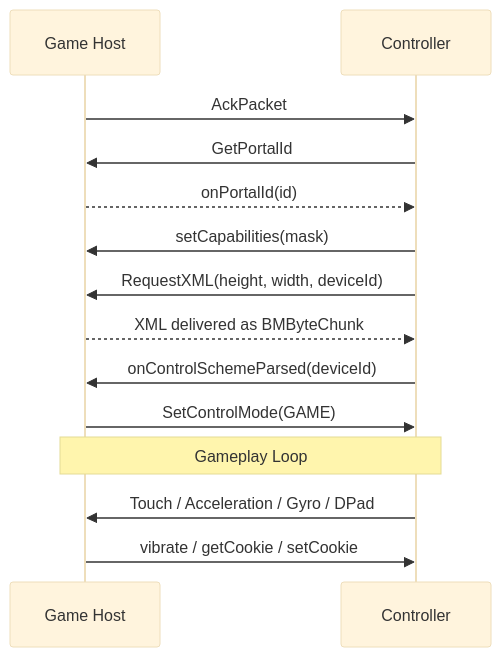
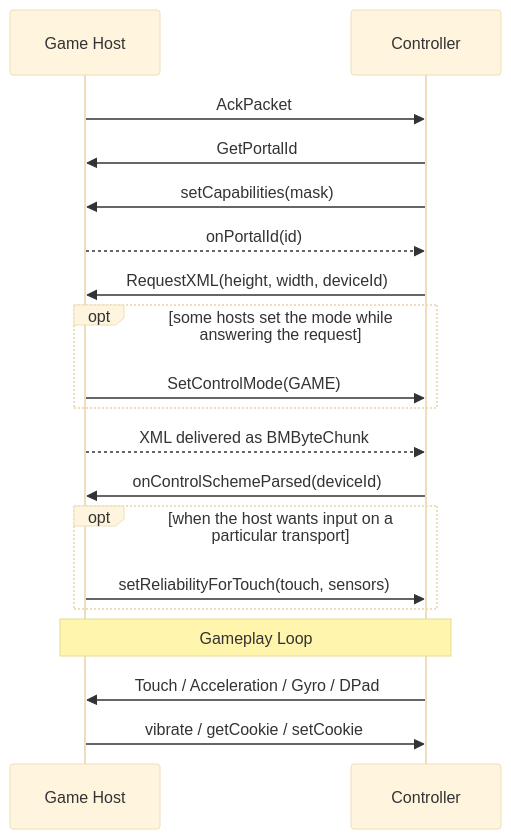
The diagram in docs/protocol/session/index.md (Retouched-Project/retouched-project), drawn with Mermaid (base theme) before and after one commit. The commit also changed 1 other file, not shown here.

Commit message:
docs: fix some further inaccuracies

````diff
--- a/docs/protocol/session/index.md
+++ b/docs/protocol/session/index.md
@@ -9,18 +9,23 @@
 ```mermaid
 sequenceDiagram
     participant Host as Game Host
     participant Controller
 
     Host->>Controller: AckPacket
     Controller->>Host: GetPortalId
+    Controller->>Host: setCapabilities(mask)
     Host-->>Controller: onPortalId(id)
-    Controller->>Host: setCapabilities(mask)
     Controller->>Host: RequestXML(height, width, deviceId)
+    opt some hosts set the mode while answering the request
+        Host->>Controller: SetControlMode(GAME)
+    end
     Host-->>Controller: XML delivered as BMByteChunk
     Controller->>Host: onControlSchemeParsed(deviceId)
-    Host->>Controller: SetControlMode(GAME)
+    opt when the host wants input on a particular transport
+        Host->>Controller: setReliabilityForTouch(touch, sensors)
+    end
 
     note over Host,Controller: Gameplay Loop
     Controller->>Host: Touch / Acceleration / Gyro / DPad
     Host->>Controller: vibrate / getCookie / setCookie
 ```
````
